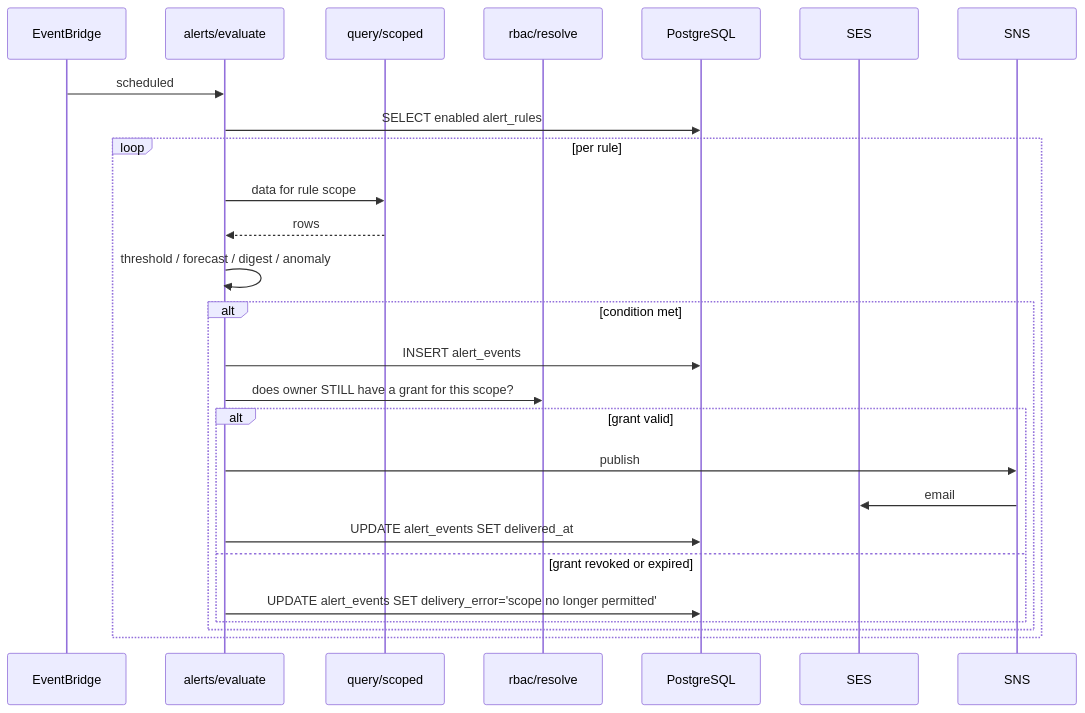
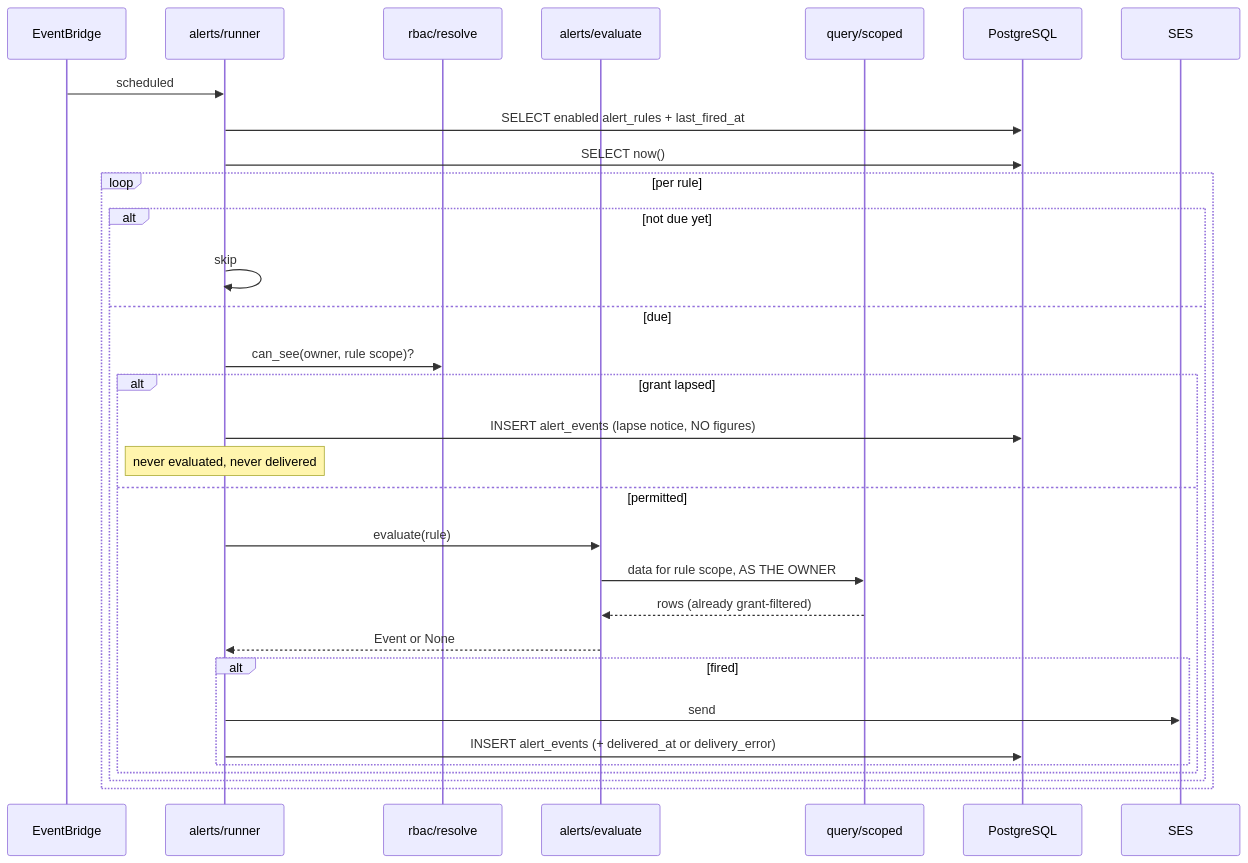
One commit to Hemanth0411/Cloud_Cost_Intelligence_Hub changed the fifth of 5 diagrams in docs/04-data-flow.md. Above: the diagram before and after it, drawn with Mermaid. The commit also changed other lines of this file and 47 other files, not shown here.

````diff
--- a/docs/04-data-flow.md
+++ b/docs/04-data-flow.md
@@ -173,28 +173,34 @@
 ```mermaid
 sequenceDiagram
     participant EB as EventBridge
+    participant RN as alerts/runner
+    participant RB as rbac/resolve
     participant EV as alerts/evaluate
     participant Q as query/scoped
-    participant RB as rbac/resolve
     participant PG as PostgreSQL
     participant SES as SES
 
-    EB->>EV: scheduled
-    EV->>PG: SELECT enabled alert_rules
+    EB->>RN: scheduled
+    RN->>PG: SELECT enabled alert_rules + last_fired_at
+    RN->>PG: SELECT now()
     loop per rule
-        EV->>Q: data for rule scope
-        Q-->>EV: rows
-        EV->>EV: threshold / forecast / digest / anomaly
-        alt condition met
-            EV->>PG: INSERT alert_events
-            EV->>RB: does owner STILL have a grant for this scope?
-            alt grant valid
-                EV->>SNS: publish
-                SNS->>SES: email
-                EV->>PG: UPDATE alert_events SET delivered_at
-            else grant revoked or expired
-                EV->>PG: UPDATE alert_events SET delivery_error='scope no longer permitted'
+        alt not due yet
+            RN->>RN: skip
+        else due
+            RN->>RB: can_see(owner, rule scope)?
+            alt grant lapsed
+                RN->>PG: INSERT alert_events (lapse notice, NO figures)
+                Note over RN: never evaluated, never delivered
+            else permitted
+                RN->>EV: evaluate(rule)
+                EV->>Q: data for rule scope, AS THE OWNER
+                Q-->>EV: rows (already grant-filtered)
+                EV-->>RN: Event or None
+                alt fired
+                    RN->>SES: send
+                    RN->>PG: INSERT alert_events (+ delivered_at or delivery_error)
+                end
             end
         end
     end
 ```
````
